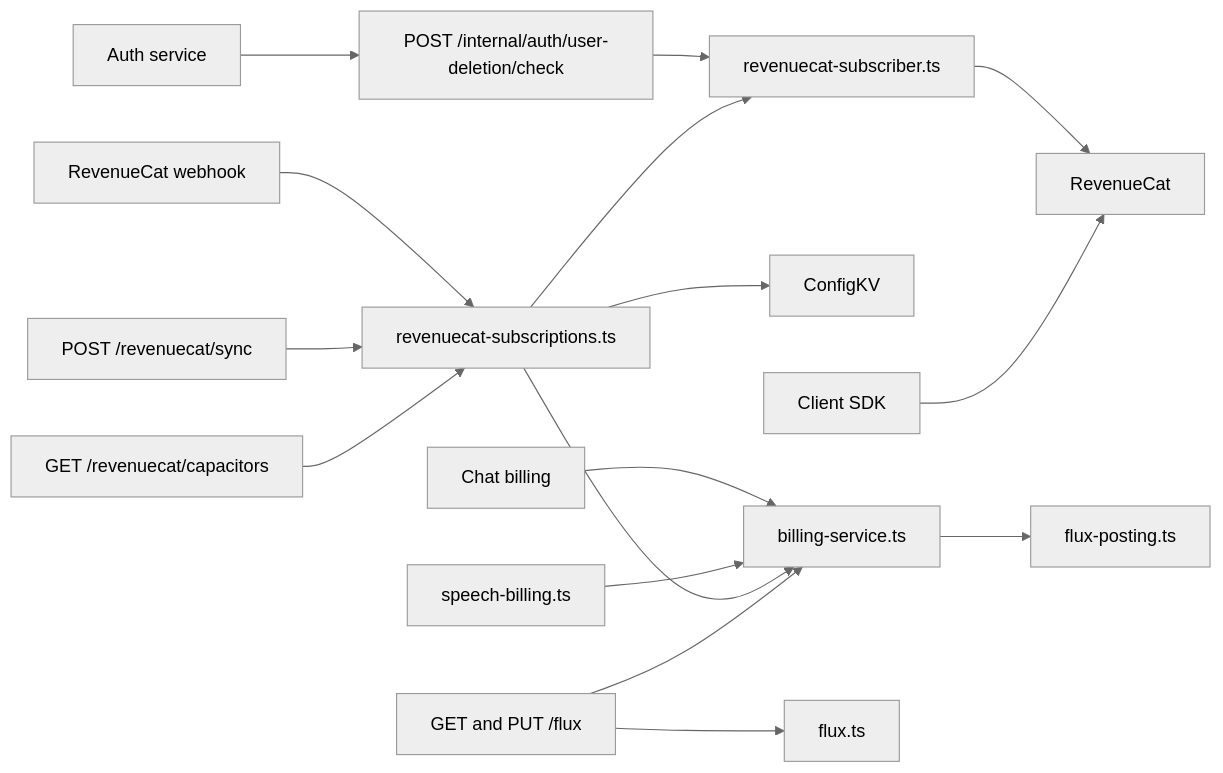
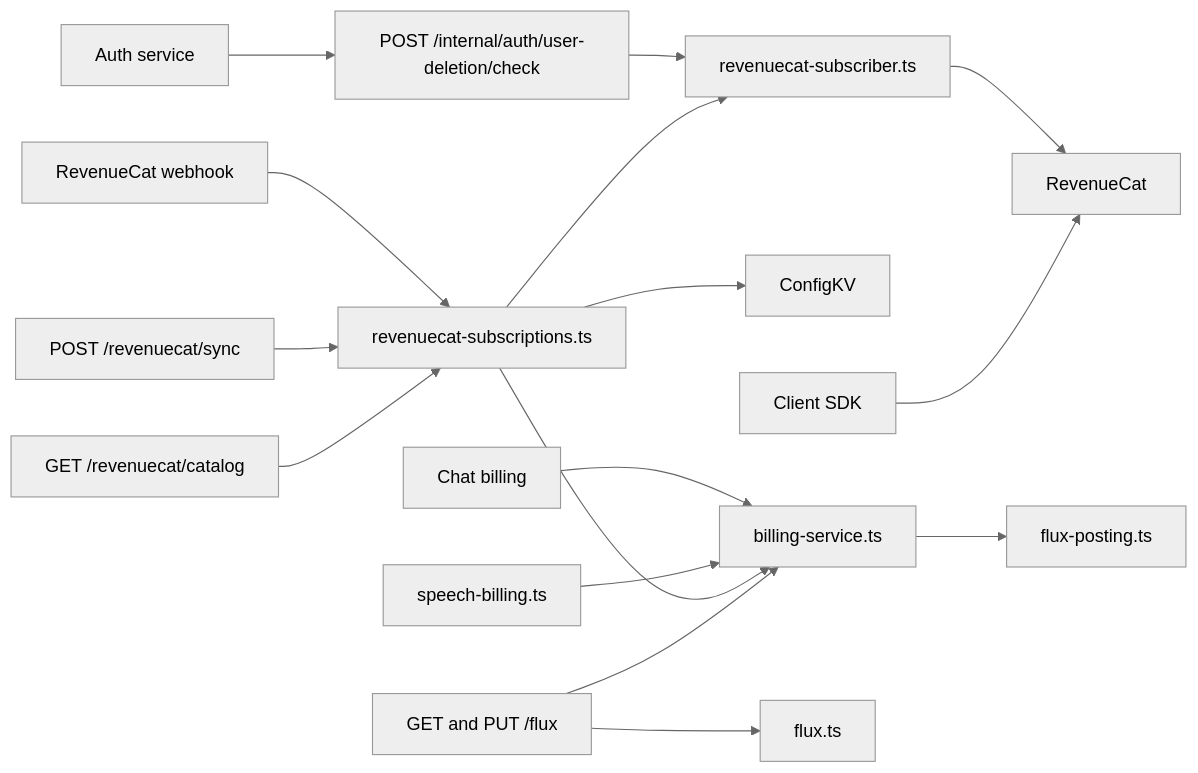
Before and after one commit to moeru-ai/airi: the first of 2 diagrams in server/docs/ai/adr/2026-10-04-subscription-credits.md, drawn with Mermaid (neutral theme). The commit also changed other lines of this file and 7 other files, not shown here.

````diff
--- a/server/docs/ai/adr/2026-10-04-subscription-credits.md
+++ b/server/docs/ai/adr/2026-10-04-subscription-credits.md
@@ -184,18 +185,18 @@
 ```mermaid
 flowchart LR
   Chat[Chat billing] --> Billing[billing-service.ts]
   Speech[speech-billing.ts] --> Billing
   Billing --> Posting[flux-posting.ts]
   Webhook[RevenueCat webhook] --> Sync["revenuecat-subscriptions.ts"]
   SyncRoute["POST /revenuecat/sync"] --> Sync
-  CatalogRoute["GET /revenuecat/capacitors"] --> Sync
+  CatalogRoute["GET /revenuecat/catalog"] --> Sync
   Sync --> ConfigKV["ConfigKV"]
   Auth[Auth service] --> Check["POST /internal/auth/user-deletion/check"]
   Check --> Reader
   Sync --> Reader["revenuecat-subscriber.ts"]
   Reader --> RC[RevenueCat]
   Sync --> Billing
   Client[Client SDK] --> RC
   FluxRoute["GET and PUT /flux"] --> Billing
   FluxRoute --> FluxService[flux.ts]
 ```
````
